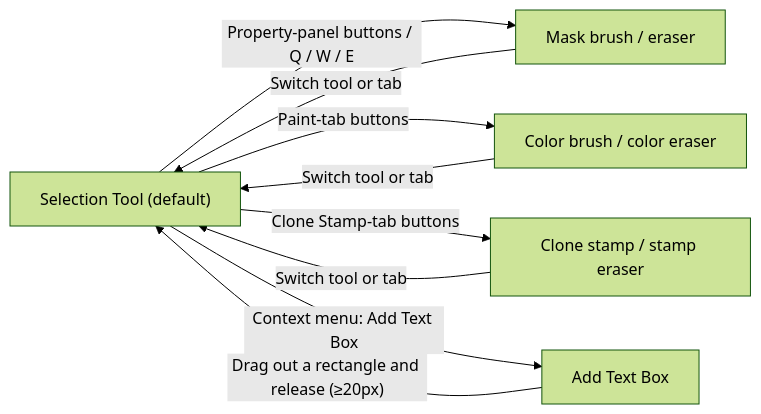
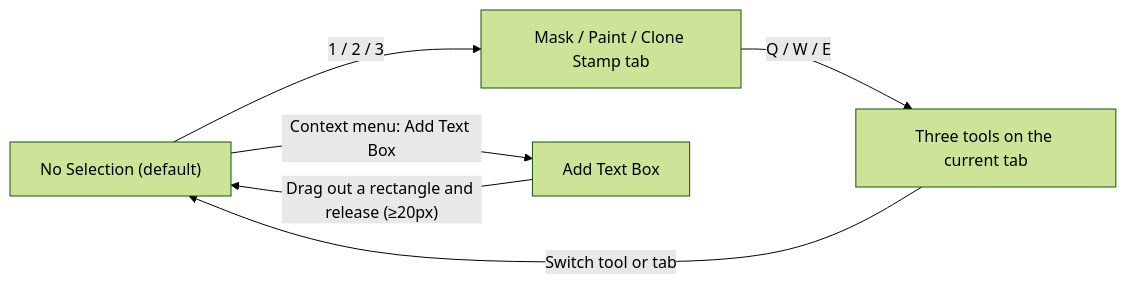
Before and after one commit to hgmzhn/manga-translator-ui: the first of 2 diagrams in doc/wiki/en/desktop/editor/canvas-tools-and-selection.md, drawn with Mermaid (forest theme). The commit also changed other lines of this file and 15 other files, not shown here.

````diff
--- a/doc/wiki/en/desktop/editor/canvas-tools-and-selection.md
+++ b/doc/wiki/en/desktop/editor/canvas-tools-and-selection.md
@@ -63,11 +63,8 @@
 ```mermaid
 flowchart LR
-    S["Selection Tool (default)"] -->|"Property-panel buttons / Q / W / E"| B["Mask brush / eraser"]
-    S -->|"Paint-tab buttons"| P["Color brush / color eraser"]
-    S -->|"Clone Stamp-tab buttons"| C["Clone stamp / stamp eraser"]
+    S["No Selection (default)"] -->|"1 / 2 / 3"| T["Mask / Paint / Clone Stamp tab"]
+    T -->|"Q / W / E"| B["Three tools on the current tab"]
     S -->|"Context menu: Add Text Box"| D["Add Text Box"]
     D -->|"Drag out a rectangle and release (≥20px)"| S
     B -->|"Switch tool or tab"| S
-    P -->|"Switch tool or tab"| S
-    C -->|"Switch tool or tab"| S
 ```
````
